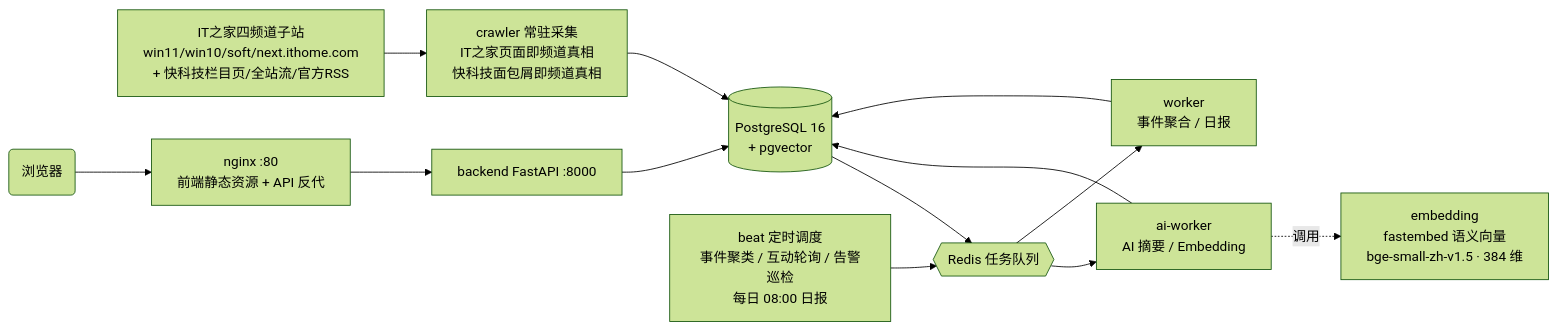
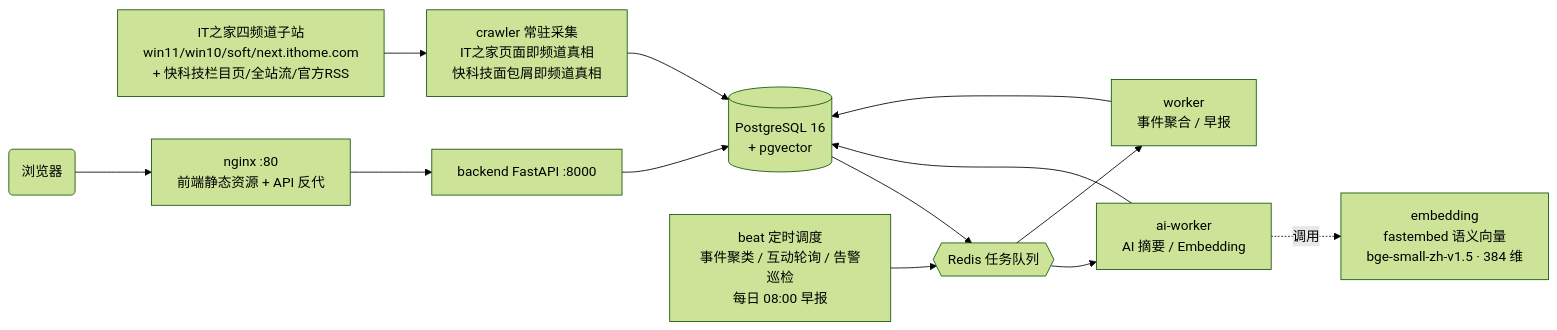
The diagram in README.md (xuboboo/news), drawn with Mermaid (forest theme) before and after one commit. The commit also changed other lines of this file and 22 other files, not shown here.

````diff
--- a/README.md
+++ b/README.md
@@ -45,16 +45,16 @@
 ```mermaid
 flowchart LR
     SRC[IT之家四频道子站<br/>win11/win10/soft/next.ithome.com<br/>+ 快科技栏目页/全站流/官方RSS] --> CR[crawler 常驻采集<br/>IT之家页面即频道真相<br/>快科技面包屑即频道真相]
     CR --> PG[(PostgreSQL 16<br/>+ pgvector)]
     PG --> RD{{Redis 任务队列}}
     RD --> AI[ai-worker<br/>AI 摘要 / Embedding]
-    RD --> WK[worker<br/>事件聚合 / 日报]
+    RD --> WK[worker<br/>事件聚合 / 早报]
     EMB[embedding<br/>fastembed 语义向量<br/>bge-small-zh-v1.5 · 384 维]
     AI -.->|调用| EMB
-    BT[beat 定时调度<br/>事件聚类 / 互动轮询 / 告警巡检<br/>每日 08:00 日报] --> RD
+    BT[beat 定时调度<br/>事件聚类 / 互动轮询 / 告警巡检<br/>每日 08:00 早报] --> RD
     AI --> PG
     WK --> PG
     NG[nginx :80<br/>前端静态资源 + API 反代] --> BE[backend FastAPI :8000]
     BE --> PG
     U(浏览器) --> NG
 ```
````
